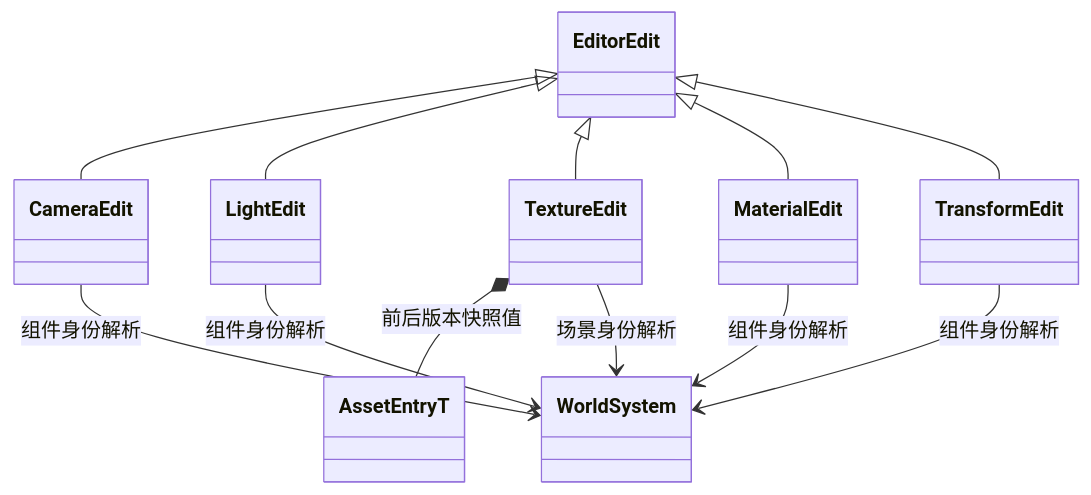
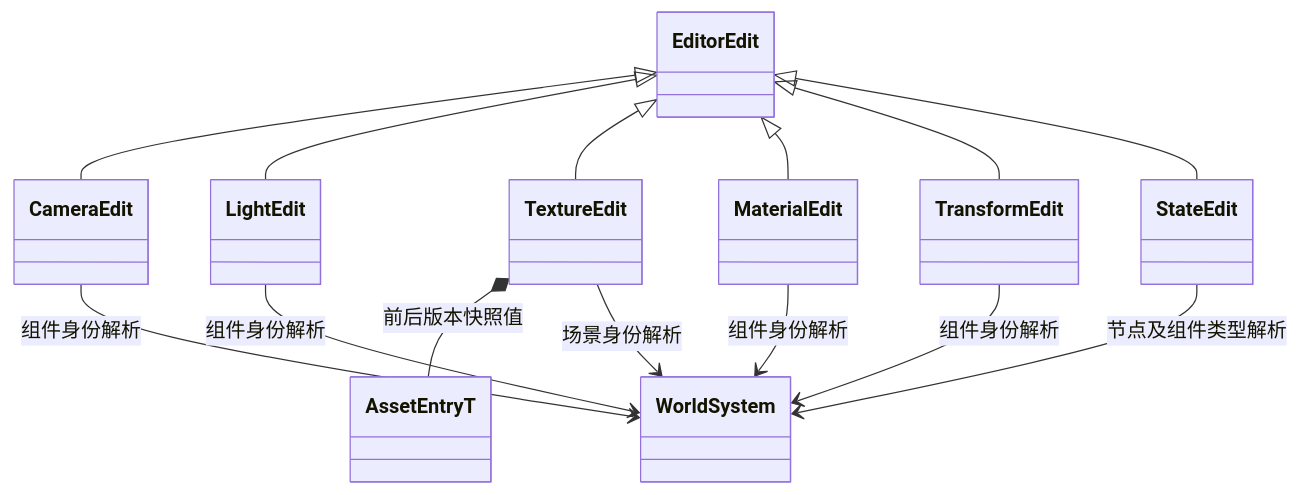
The third of 3 diagrams in docs/editor/class-diagrams/editor-commands.md (lcals/Engine), drawn with Mermaid before and after one commit. The commit also changed other lines of this file and 195 other files, not shown here.

````diff
--- a/docs/editor/class-diagrams/editor-commands.md
+++ b/docs/editor/class-diagrams/editor-commands.md
@@ -74,22 +75,25 @@
 ```mermaid
 classDiagram
     class EditorEdit
     class CameraEdit
     class LightEdit
     class TextureEdit
     class MaterialEdit
     class TransformEdit
+    class StateEdit
     class AssetEntryT
     class WorldSystem
     EditorEdit <|-- CameraEdit
     EditorEdit <|-- LightEdit
     EditorEdit <|-- TextureEdit
     EditorEdit <|-- MaterialEdit
     EditorEdit <|-- TransformEdit
+    EditorEdit <|-- StateEdit
     TextureEdit *-- AssetEntryT : 前后版本快照值
     TextureEdit --> WorldSystem : 场景身份解析
     CameraEdit --> WorldSystem : 组件身份解析
     LightEdit --> WorldSystem : 组件身份解析
     MaterialEdit --> WorldSystem : 组件身份解析
     TransformEdit --> WorldSystem : 组件身份解析
+    StateEdit --> WorldSystem : 节点及组件类型解析
 ```
````
